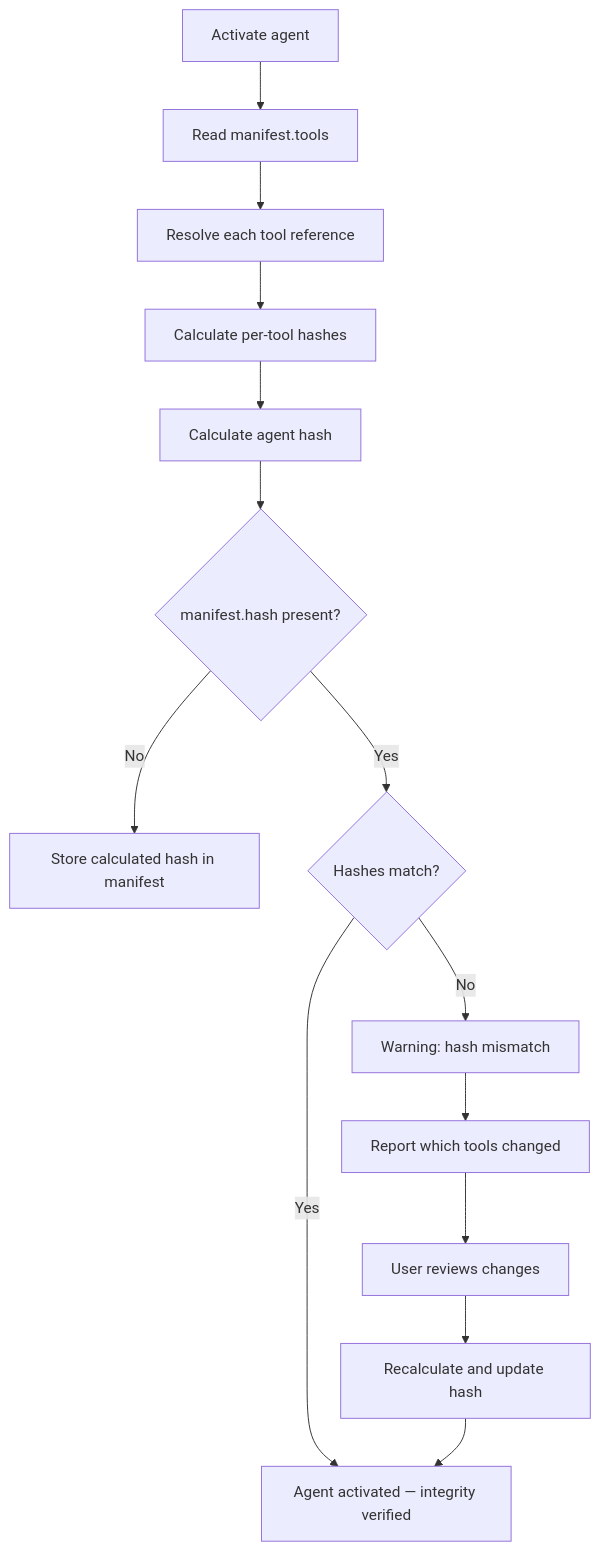
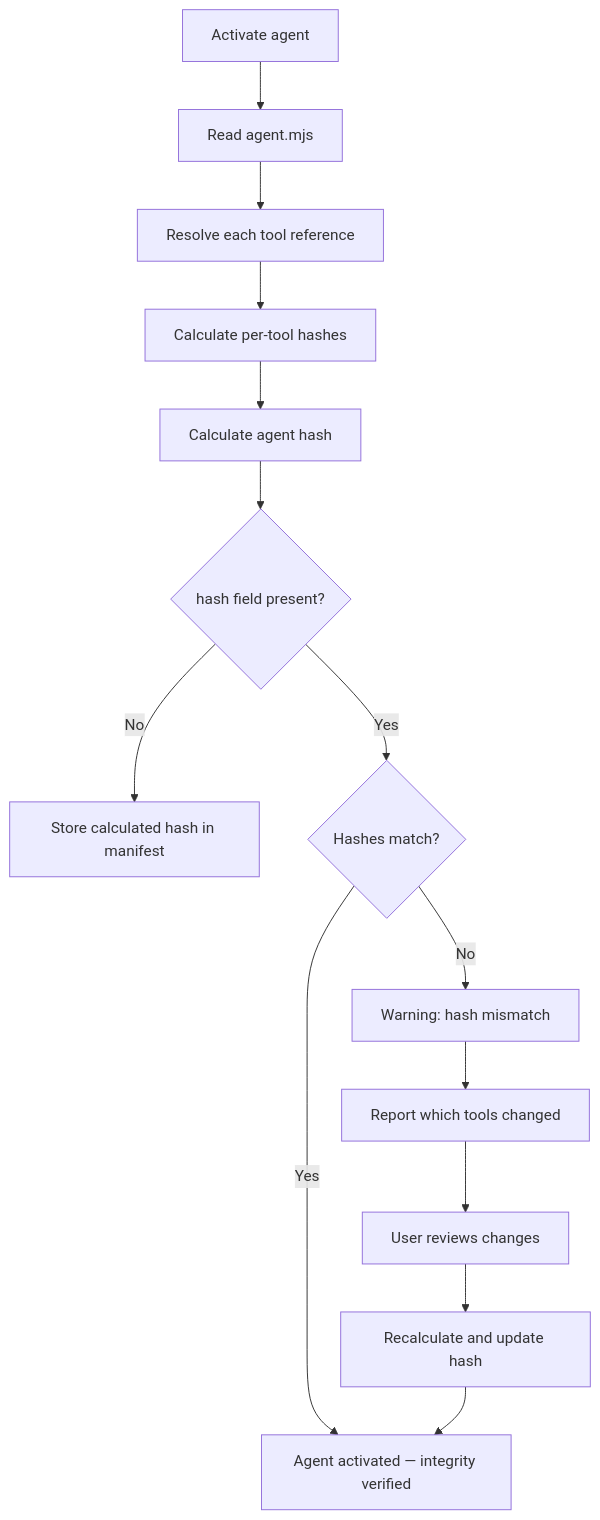
One commit to FlowMCP/flowmcp-spec changed the fifth of 6 diagrams in spec/v3.0.0/06-agents.md. Above: the diagram before and after it, drawn with Mermaid. The commit also changed other lines of this file and 9 other files, not shown here.

````diff
--- a/spec/v3.0.0/06-agents.md
+++ b/spec/v3.0.0/06-agents.md
@@ -480,16 +550,16 @@
 ```mermaid
 flowchart TD
-    A[Activate agent] --> B[Read manifest.tools]
+    A[Activate agent] --> B[Read agent.mjs]
     B --> C[Resolve each tool reference]
     C --> D[Calculate per-tool hashes]
     D --> E[Calculate agent hash]
-    E --> F{manifest.hash present?}
+    E --> F{hash field present?}
     F -->|No| G[Store calculated hash in manifest]
     F -->|Yes| H{Hashes match?}
     H -->|Yes| I[Agent activated — integrity verified]
     H -->|No| J[Warning: hash mismatch]
     J --> K[Report which tools changed]
     K --> L[User reviews changes]
     L --> M[Recalculate and update hash]
     M --> I
 ```
````
